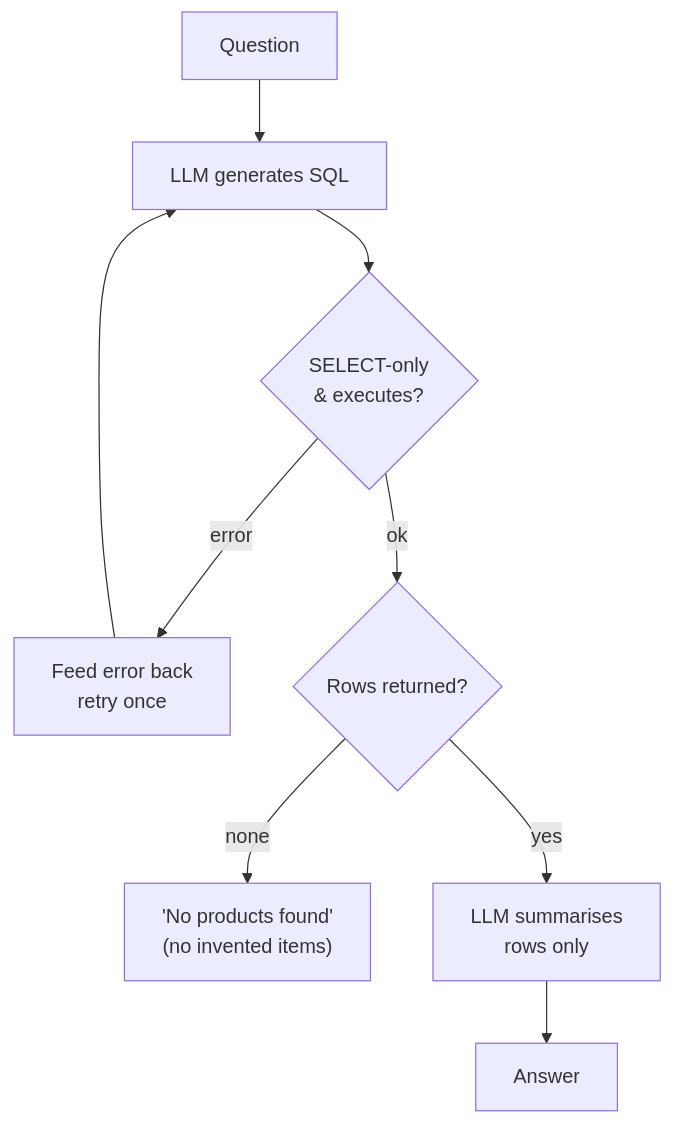
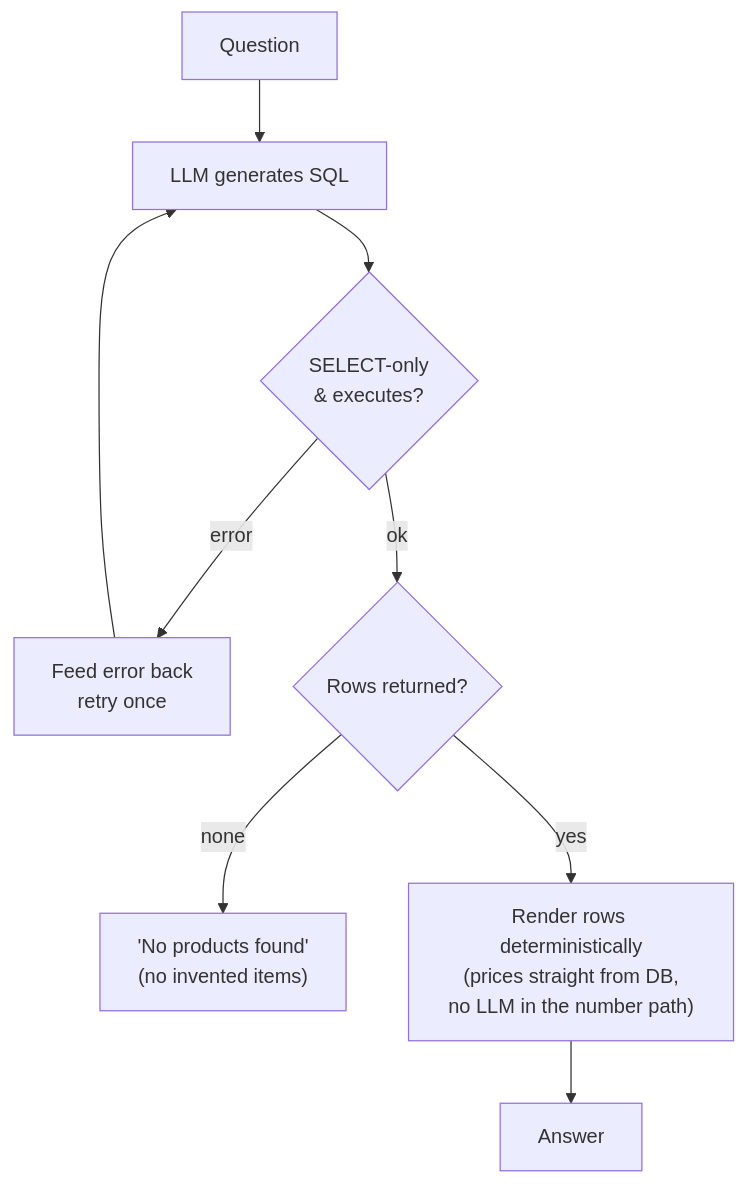
The fourth of 5 diagrams in README.md (perrysolid/E_Commerce_Chatbot), drawn with Mermaid before and after one commit. The commit also changed other lines of this file, not shown here.

````diff
--- a/README.md
+++ b/README.md
@@ -80,11 +80,11 @@
 ```mermaid
 flowchart TD
     Q[Question] --> GEN[LLM generates SQL]
     GEN --> V{SELECT-only<br/>& executes?}
     V -->|error| FIX[Feed error back<br/>retry once]
     FIX --> GEN
     V -->|ok| RES{Rows returned?}
     RES -->|none| NF["'No products found'<br/>(no invented items)"]
-    RES -->|yes| NL[LLM summarises<br/>rows only]
+    RES -->|yes| NL["Render rows deterministically<br/>(prices straight from DB,<br/>no LLM in the number path)"]
     NL --> O[Answer]
 ```
````
